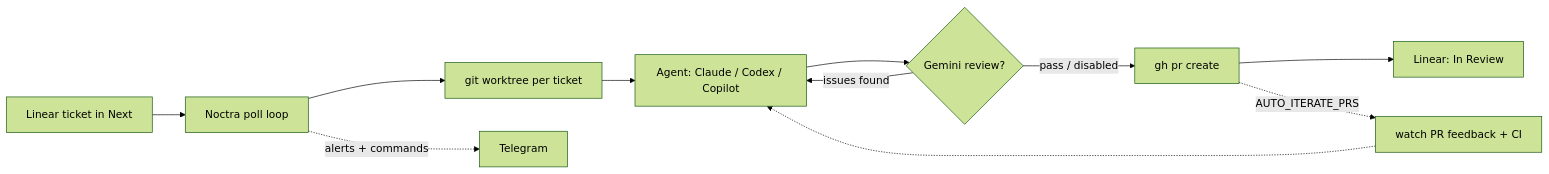
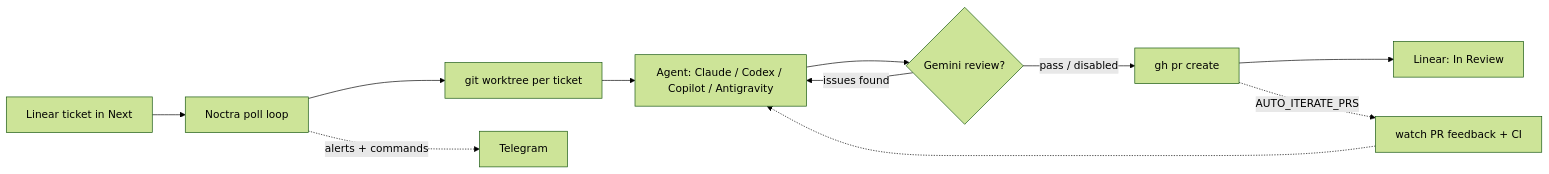
Before and after one commit to ahmadAlMezaal/noctra: the diagram in README.md, drawn with Mermaid (forest theme). The commit also changed other lines of this file and 9 other files, not shown here.

First line of the commit message:
feat: add Antigravity CLI (agy) as an AGENT_BACKEND (#208)

````diff
--- a/README.md
+++ b/README.md
@@ -39,13 +39,13 @@
 ```mermaid
 flowchart LR
     L[Linear ticket in Next] --> N[Noctra poll loop]
     N --> W[git worktree per ticket]
-    W --> A[Agent: Claude / Codex / Copilot]
+    W --> A[Agent: Claude / Codex / Copilot / Antigravity]
     A --> G{Gemini review?}
     G -->|pass / disabled| PR[gh pr create]
     G -->|issues found| A
     PR --> R[Linear: In Review]
     PR -.->|AUTO_ITERATE_PRS| WATCH[watch PR feedback + CI]
     WATCH -.-> A
     N -.->|alerts + commands| TG[Telegram]
 ```
````
